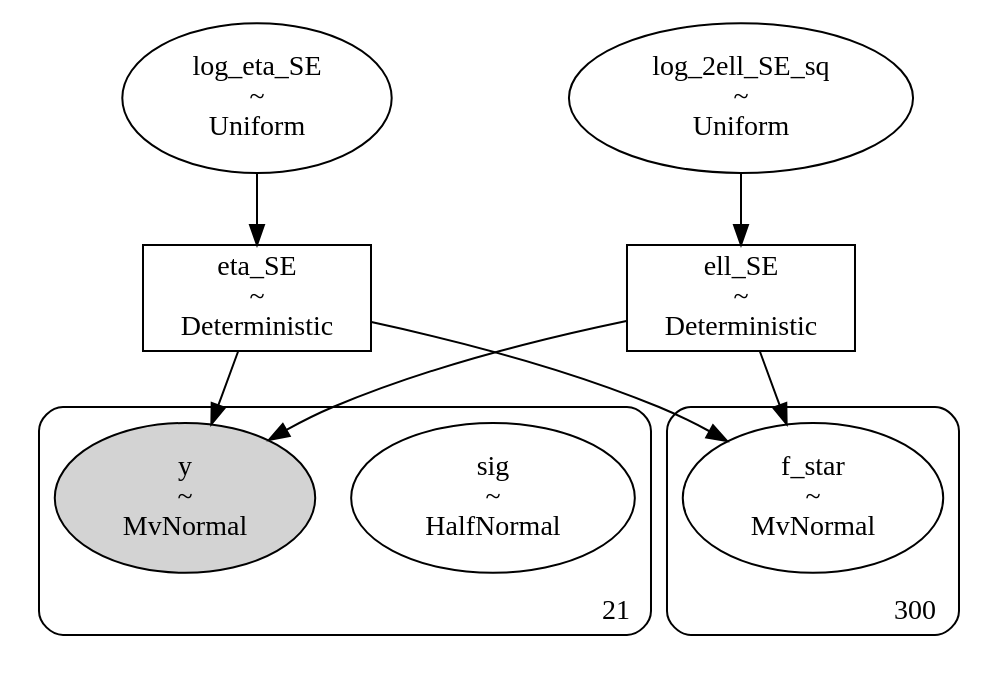
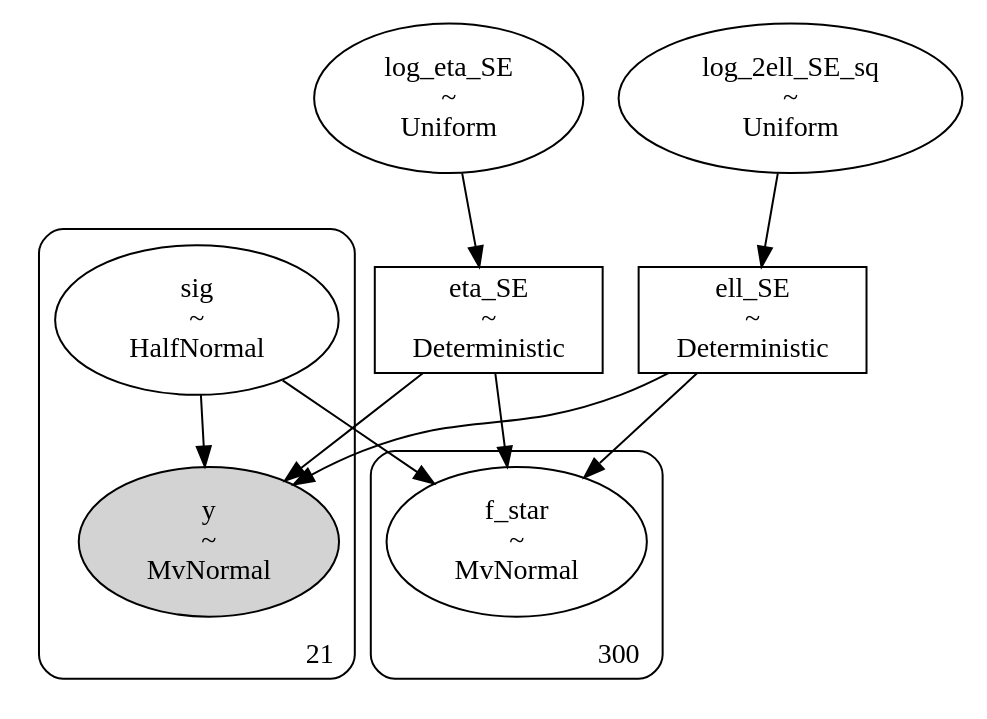
The diagram in dags/428_ra236.530_dec-46.922_4U1543TraPDB_andersson_se_dag.dot (shihchingfu/gp-sandbox-thunderkat), drawn with Graphviz before and after one commit. The commit also changed 10 other files, not shown here.

```diff
--- a/dags/428_ra236.530_dec-46.922_4U1543TraPDB_andersson_se_dag.dot
+++ b/dags/428_ra236.530_dec-46.922_4U1543TraPDB_andersson_se_dag.dot
@@ -1,35 +1,37 @@
 digraph {
 	eta_SE [label="eta_SE
+~
+Deterministic" shape=box]
+	log_2ell_SE_sq [label="log_2ell_SE_sq
+~
+Uniform" shape=ellipse]
+	ell_SE [label="ell_SE
 ~
 Deterministic" shape=box]
 	log_eta_SE [label="log_eta_SE
 ~
 Uniform" shape=ellipse]
-	ell_SE [label="ell_SE
+	subgraph cluster21 {
+		y [label="y
 ~
-Deterministic" shape=box]
-	log_2ell_SE_sq [label="log_2ell_SE_sq
-~
-Uniform" shape=ellipse]
-	subgraph cluster21 {
+MvNormal" shape=ellipse style=filled]
 		sig [label="sig
 ~
 HalfNormal" shape=ellipse]
-		y [label="y
-~
-MvNormal" shape=ellipse style=filled]
 		label=21 labeljust=r labelloc=b style=rounded
 	}
 	subgraph cluster300 {
 		f_star [label="f_star
 ~
 MvNormal" shape=ellipse]
 		label=300 labeljust=r labelloc=b style=rounded
 	}
 	log_2ell_SE_sq -> ell_SE
 	log_eta_SE -> eta_SE
 	eta_SE -> y
+	sig -> y
 	ell_SE -> y
 	eta_SE -> f_star
+	sig -> f_star
 	ell_SE -> f_star
 }
```
